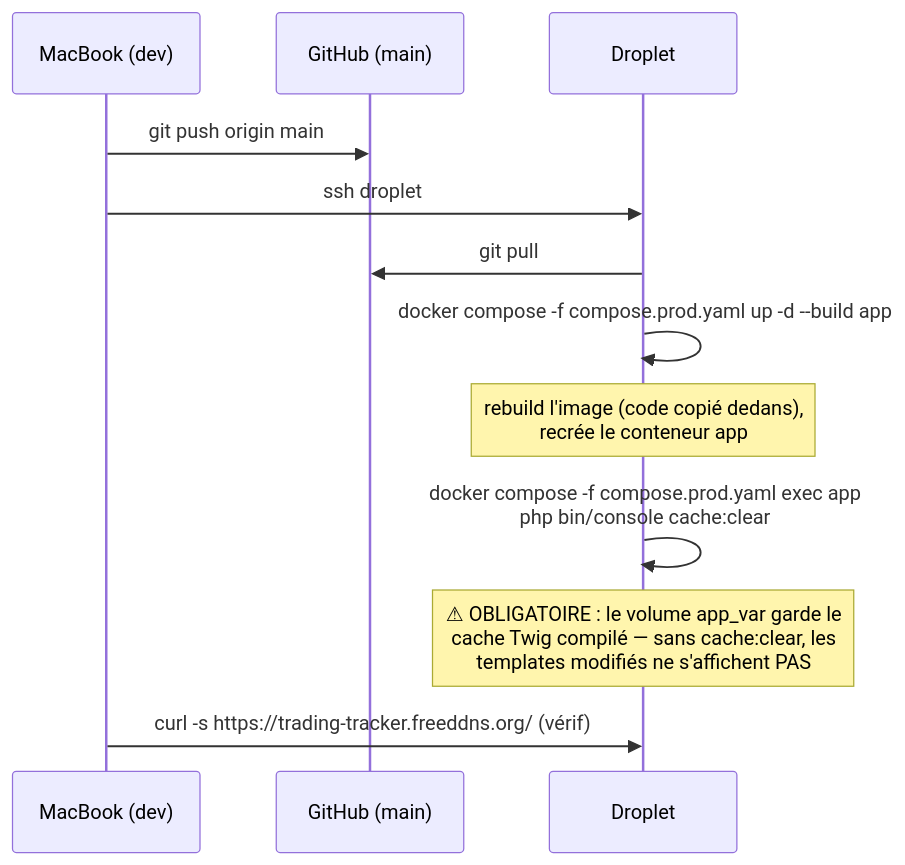
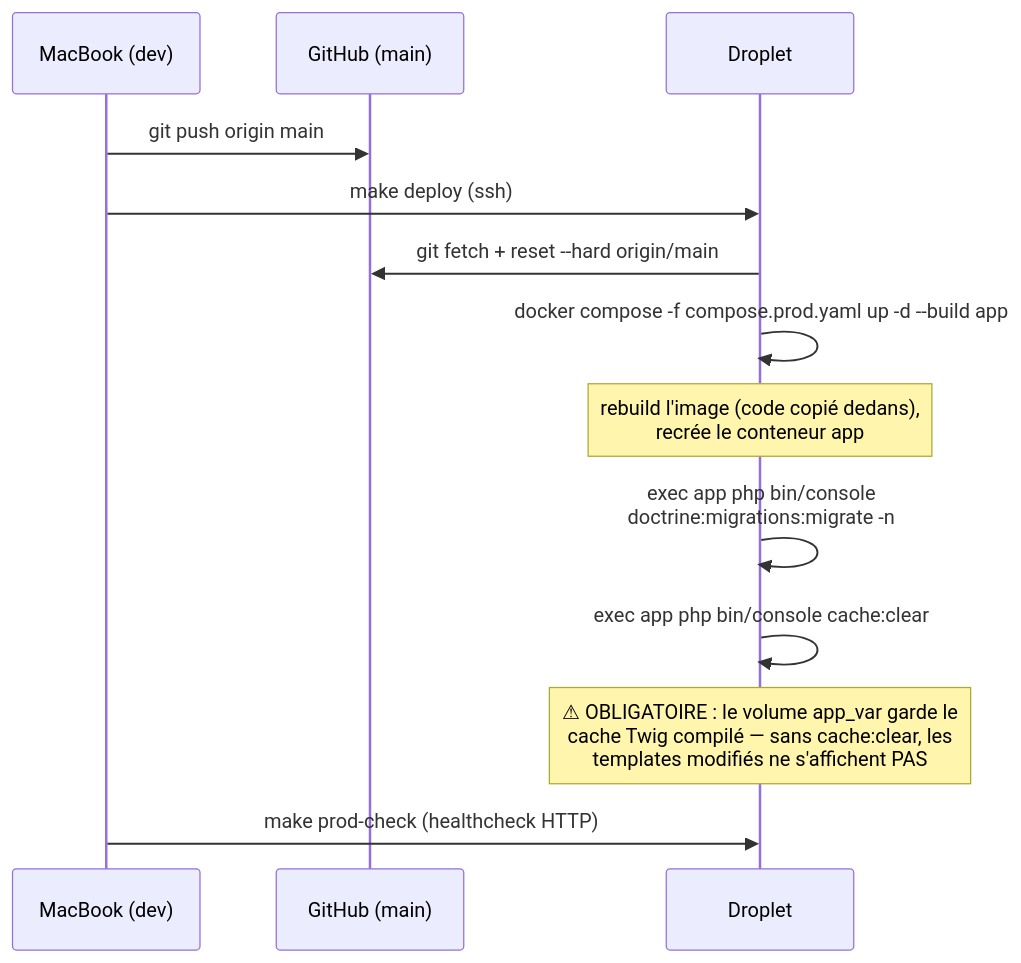
Before and after one commit to kiady66/trading_tracker: the third of 3 diagrams in docs/PRODUCTION.md, drawn with Mermaid. The commit also changed other lines of this file and 2 other files, not shown here.

First line of the commit message:
build: cibles Makefile de mise en production (deploy, prod-*)

````diff
--- a/docs/PRODUCTION.md
+++ b/docs/PRODUCTION.md
@@ -118,15 +119,16 @@
 ```mermaid
 sequenceDiagram
     participant Dev as MacBook (dev)
     participant GH as GitHub (main)
     participant Drop as Droplet
 
     Dev->>GH: git push origin main
-    Dev->>Drop: ssh droplet
-    Drop->>GH: git pull
+    Dev->>Drop: make deploy (ssh)
+    Drop->>GH: git fetch + reset --hard origin/main
     Drop->>Drop: docker compose -f compose.prod.yaml up -d --build app
     Note over Drop: rebuild l'image (code copié dedans),<br/>recrée le conteneur app
-    Drop->>Drop: docker compose -f compose.prod.yaml exec app<br/>php bin/console cache:clear
+    Drop->>Drop: exec app php bin/console<br/>doctrine:migrations:migrate -n
+    Drop->>Drop: exec app php bin/console cache:clear
     Note over Drop: ⚠ OBLIGATOIRE : le volume app_var garde le<br/>cache Twig compilé — sans cache:clear, les<br/>templates modifiés ne s'affichent PAS
-    Dev->>Drop: curl -s https://trading-tracker.freeddns.org/ (vérif)
+    Dev->>Drop: make prod-check (healthcheck HTTP)
 ```
````
